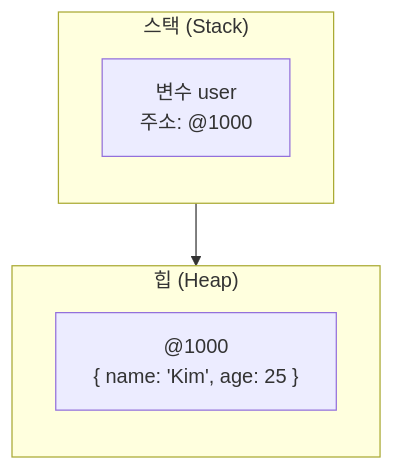
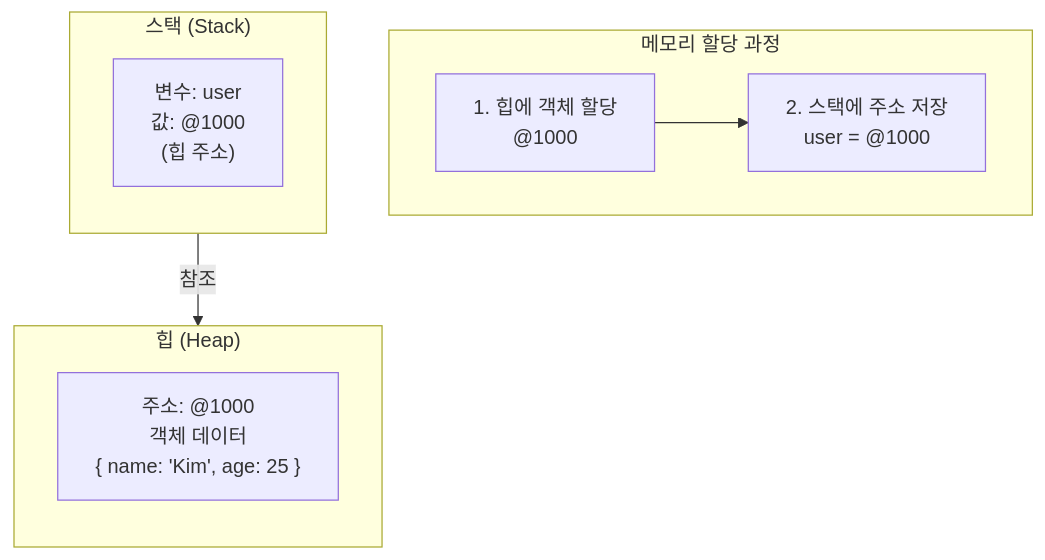
One commit to codefug/codefug.github.io changed the third of 17 diagrams in markdown/2026-01-18/ko/content.mdx. Above: the diagram before and after it, drawn with Mermaid. The commit also changed other lines of this file, not shown here.

Commit message:
docs: 메모리 구조 설명 상세화 및 mermaid 다이어그램 개선

````diff
--- a/markdown/2026-01-18/ko/content.mdx
+++ b/markdown/2026-01-18/ko/content.mdx
@@ -57,14 +113,22 @@
 ```mermaid
 flowchart TB
+    subgraph Process["메모리 할당 과정"]
+        direction LR
+        Step1["1. 힙에 객체 할당<br/>@1000"]
+        Step2["2. 스택에 주소 저장<br/>user = @1000"]
+    end
+    
+    Step1 --> Step2
+    
     subgraph Stack["스택 (Stack)"]
         direction TB
-        V1["변수 user<br/>주소: @1000"]
+        V1["변수: user<br/>값: @1000<br/>(힙 주소)"]
     end
 
     subgraph Heap["힙 (Heap)"]
         direction TB
-        O1["@1000<br/>{ name: 'Kim', age: 25 }"]
+        O1["주소: @1000<br/>객체 데이터<br/>{ name: 'Kim', age: 25 }"]
     end
 
-    V1 --> O1
+    V1 -->|"참조"| O1
 ```
````
